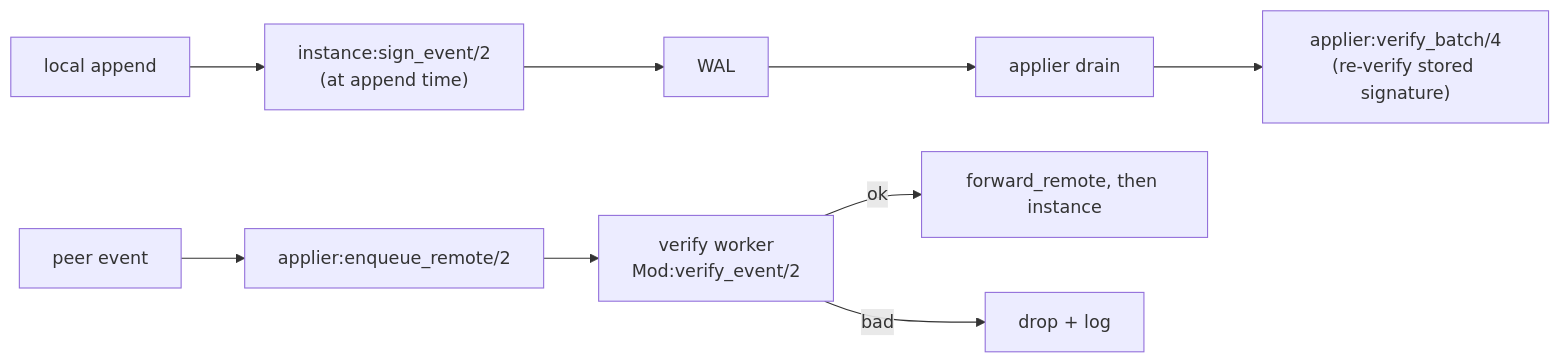
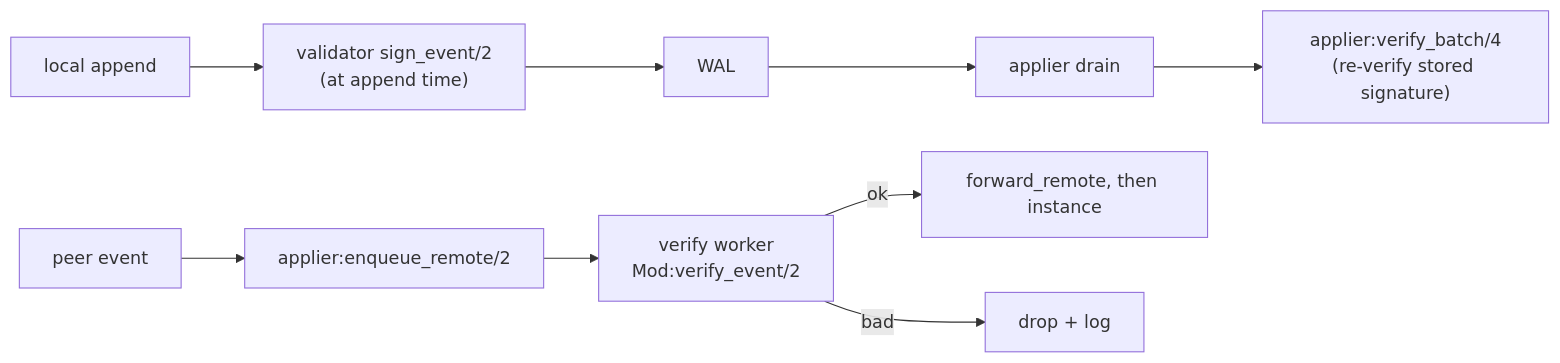
The seventh of 9 diagrams in apps/bondy_db/doc_extras/architecture/04_applier.md (bondy-io/bondy), drawn with Mermaid before and after one commit. The commit also changed other lines of this file and 55 other files, not shown here.

````diff
--- a/apps/bondy_db/doc_extras/architecture/04_applier.md
+++ b/apps/bondy_db/doc_extras/architecture/04_applier.md
@@ -325,12 +325,12 @@
 ```mermaid
 flowchart LR
-    LOCAL["local append"] --> SIGN["instance:sign_event/2<br/>(at append time)"]
+    LOCAL["local append"] --> SIGN["validator sign_event/2<br/>(at append time)"]
     SIGN --> WAL["WAL"]
     WAL --> DRAIN["applier drain"]
     DRAIN --> REVER["applier:verify_batch/4<br/>(re-verify stored signature)"]
 
     PEER["peer event"] --> ENQ["applier:enqueue_remote/2"]
     ENQ --> WORK["verify worker<br/>Mod:verify_event/2"]
     WORK -->|ok| FWD["forward_remote, then instance"]
     WORK -->|bad| DROP["drop + log"]
 ```
````
